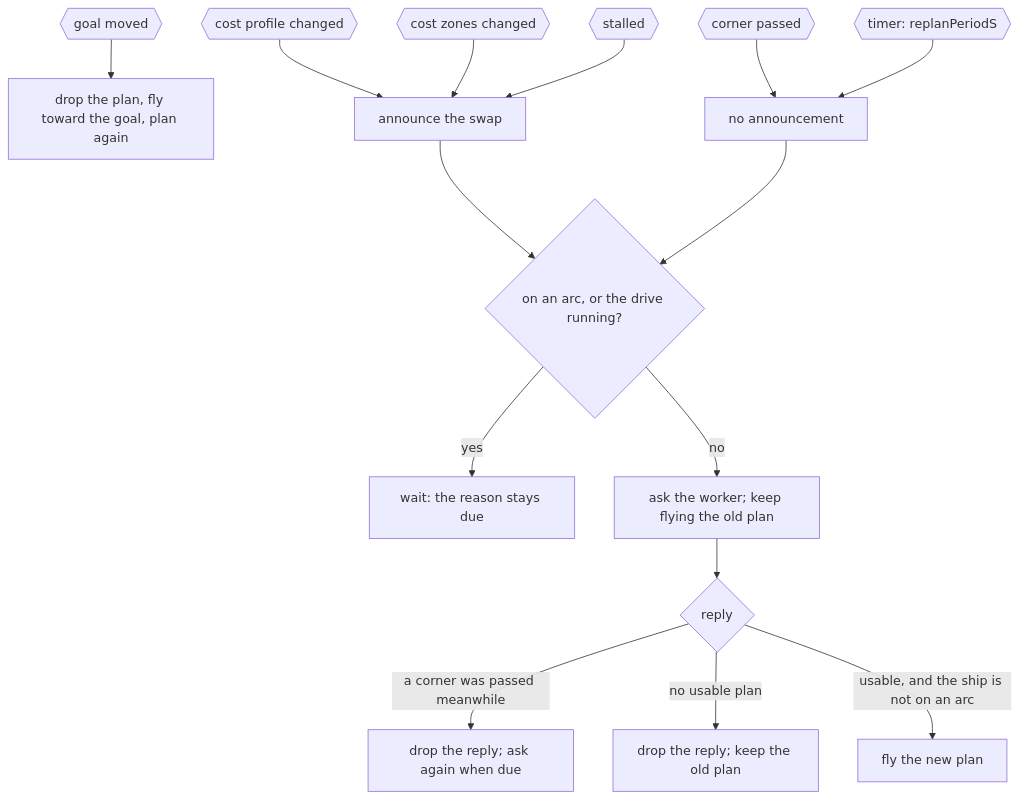
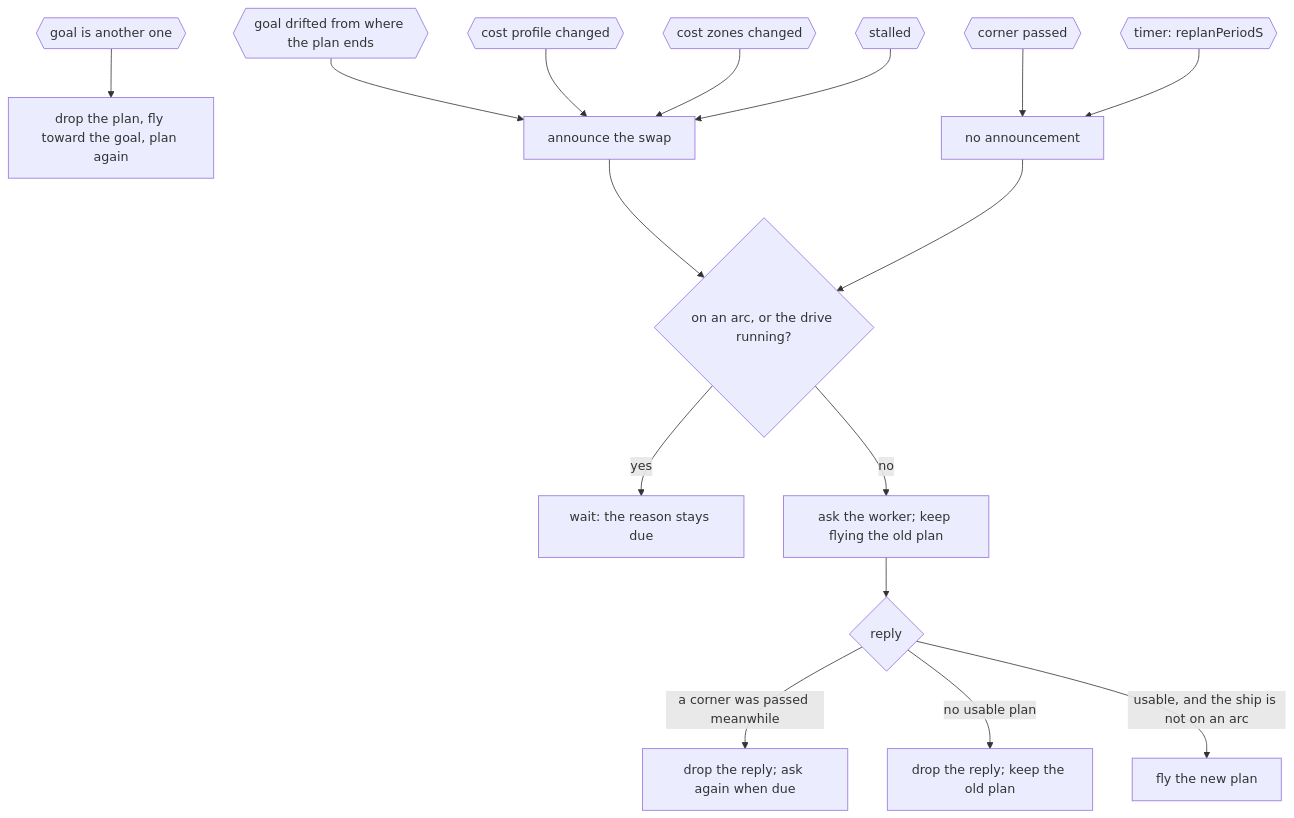
Before and after one commit to Limit-Theory-Redux/ltheory: the third of 3 diagrams in doc/script/nav/navigation.md, drawn with Mermaid. The commit also changed other lines of this file and 7 other files, not shown here.

Commit message:
fix(nav): refresh the plan when a moving goal drifts instead of dropping it

````diff
--- a/doc/script/nav/navigation.md
+++ b/doc/script/nav/navigation.md
@@ -196,17 +196,18 @@
 ```mermaid
 flowchart TD
-    G{{"goal moved"}} --> Drop["drop the plan, fly toward the goal, plan again"]
+    G{{"goal is another one"}} --> Drop["drop the plan, fly toward the goal, plan again"]
+    D{{"goal drifted from where the plan ends"}} --> Ask
     P{{"cost profile changed"}} --> Ask
     Z{{"cost zones changed"}} --> Ask
     S{{"stalled"}} --> Ask
     C{{"corner passed"}} --> Quiet
     T{{"timer: replanPeriodS"}} --> Quiet
     Ask["announce the swap"] --> Due
     Quiet["no announcement"] --> Due
     Due{"on an arc, or the drive running?"} -->|yes| Wait["wait: the reason stays due"]
     Due -->|no| Req["ask the worker; keep flying the old plan"]
     Req --> Reply{"reply"}
     Reply -->|"a corner was passed meanwhile"| Stale["drop the reply; ask again when due"]
     Reply -->|"no usable plan"| Keep["drop the reply; keep the old plan"]
     Reply -->|"usable, and the ship is not on an arc"| Swap["fly the new plan"]
 ```
````
